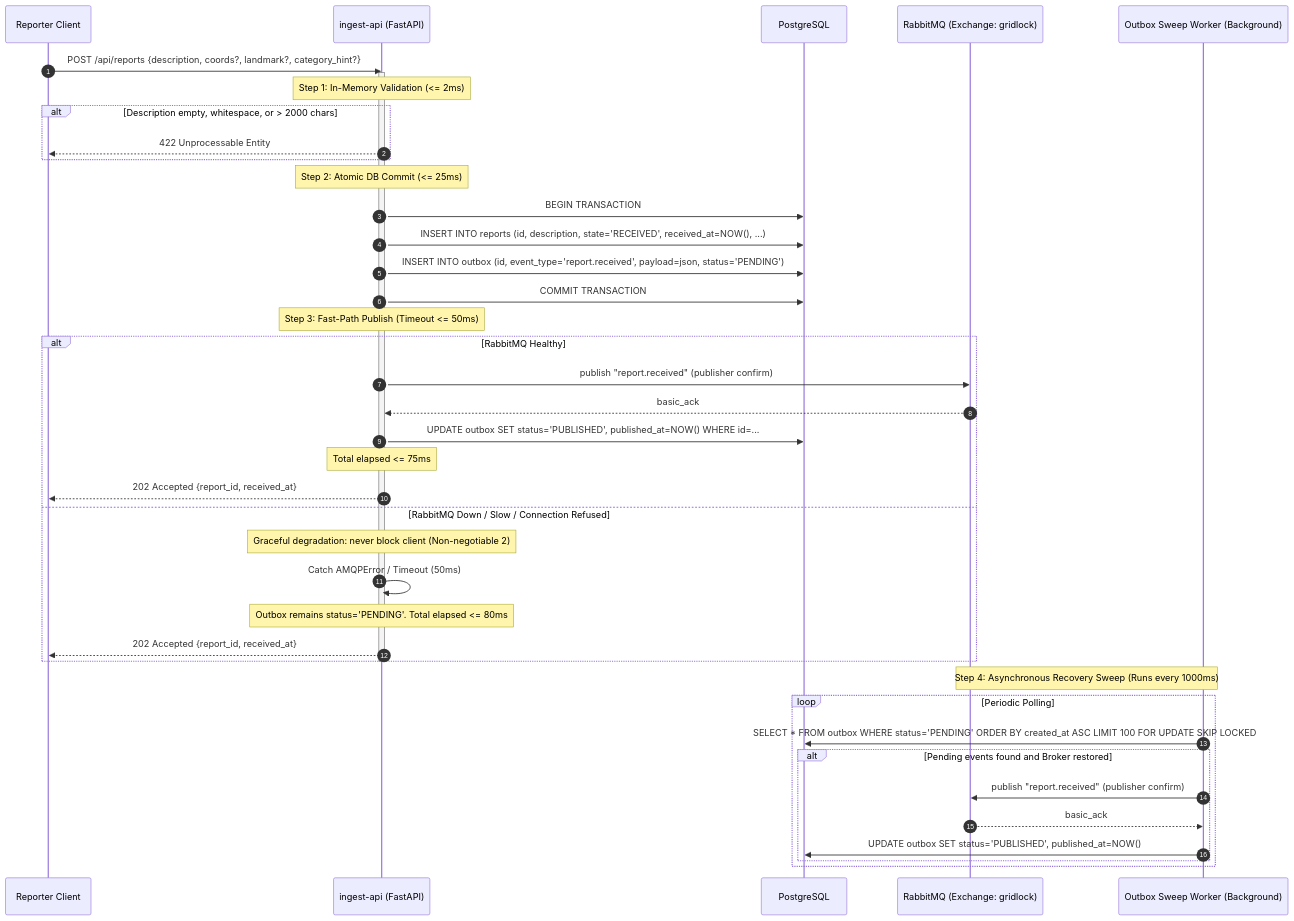
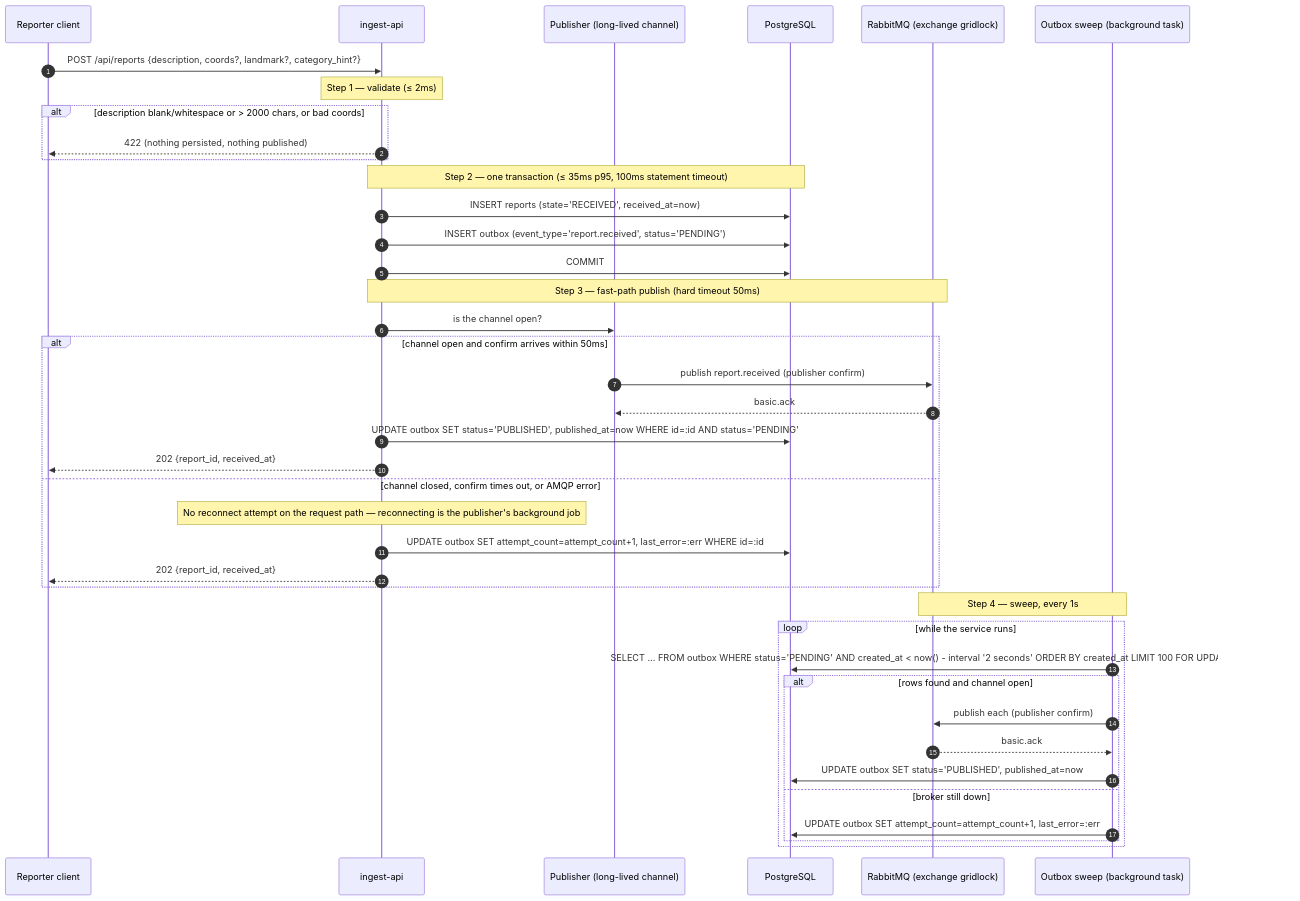
The second of 4 diagrams in docs/design/ingest.md (Katlego-tech/Grid-Lock), drawn with Mermaid before and after one commit. The commit also changed other lines of this file and 4 other files, not shown here.

````diff
--- a/docs/design/ingest.md
+++ b/docs/design/ingest.md
@@ -116,48 +106,46 @@
 ```mermaid
 sequenceDiagram
     autonumber
-    participant C as Reporter Client
-    participant API as ingest-api (FastAPI)
+    participant C as Reporter client
+    participant API as ingest-api
+    participant P as Publisher (long-lived channel)
     participant DB as PostgreSQL
-    participant MQ as RabbitMQ (Exchange: gridlock)
-    participant SW as Outbox Sweep Worker (Background)
+    participant MQ as RabbitMQ (exchange gridlock)
+    participant SW as Outbox sweep (background task)
 
     C->>API: POST /api/reports {description, coords?, landmark?, category_hint?}
-    activate API
-
-    Note over API: Step 1: In-Memory Validation (<= 2ms)
-    alt Description empty, whitespace, or > 2000 chars
-        API-->>C: 422 Unprocessable Entity
+    Note over API: Step 1 — validate (≤ 2ms)
+    alt description blank/whitespace or > 2000 chars, or bad coords
+        API-->>C: 422 (nothing persisted, nothing published)
     end
 
-    Note over API: Step 2: Atomic DB Commit (<= 25ms)
-    API->>DB: BEGIN TRANSACTION
-    API->>DB: INSERT INTO reports (id, description, state='RECEIVED', received_at=NOW(), ...)
-    API->>DB: INSERT INTO outbox (id, event_type='report.received', payload=json, status='PENDING')
-    API->>DB: COMMIT TRANSACTION
+    Note over API,DB: Step 2 — one transaction (≤ 35ms p95, 100ms statement timeout)
+    API->>DB: INSERT reports (state='RECEIVED', received_at=now)
+    API->>DB: INSERT outbox (event_type='report.received', status='PENDING')
+    API->>DB: COMMIT
 
-    Note over API: Step 3: Fast-Path Publish (Timeout <= 50ms)
-    alt RabbitMQ Healthy
-        API->>MQ: publish "report.received" (publisher confirm)
-        MQ-->>API: basic_ack
-        API->>DB: UPDATE outbox SET status='PUBLISHED', published_at=NOW() WHERE id=...
-        Note over API: Total elapsed <= 75ms
-        API-->>C: 202 Accepted {report_id, received_at}
-    else RabbitMQ Down / Slow / Connection Refused
-        Note over API: Graceful degradation: never block client (Non-negotiable 2)
-        API->>API: Catch AMQPError / Timeout (50ms)
-        Note over API: Outbox remains status='PENDING'. Total elapsed <= 80ms
-        API-->>C: 202 Accepted {report_id, received_at}
+    Note over API,MQ: Step 3 — fast-path publish (hard timeout 50ms)
+    API->>P: is the channel open?
+    alt channel open and confirm arrives within 50ms
+        P->>MQ: publish report.received (publisher confirm)
+        MQ-->>P: basic.ack
+        API->>DB: UPDATE outbox SET status='PUBLISHED', published_at=now WHERE id=:id AND status='PENDING'
+        API-->>C: 202 {report_id, received_at}
+    else channel closed, confirm times out, or AMQP error
+        Note over API: No reconnect attempt on the request path — reconnecting is the publisher's background job
+        API->>DB: UPDATE outbox SET attempt_count=attempt_count+1, last_error=:err WHERE id=:id
+        API-->>C: 202 {report_id, received_at}
     end
-    deactivate API
 
-    Note over SW,MQ: Step 4: Asynchronous Recovery Sweep (Runs every 1000ms)
-    loop Periodic Polling
-        SW->>DB: SELECT * FROM outbox WHERE status='PENDING' ORDER BY created_at ASC LIMIT 100 FOR UPDATE SKIP LOCKED
-        alt Pending events found and Broker restored
-            SW->>MQ: publish "report.received" (publisher confirm)
-            MQ-->>SW: basic_ack
-            SW->>DB: UPDATE outbox SET status='PUBLISHED', published_at=NOW()
+    Note over SW,MQ: Step 4 — sweep, every 1s
+    loop while the service runs
+        SW->>DB: SELECT … FROM outbox WHERE status='PENDING' AND created_at < now() - interval '2 seconds' ORDER BY created_at LIMIT 100 FOR UPDATE SKIP LOCKED
+        alt rows found and channel open
+            SW->>MQ: publish each (publisher confirm)
+            MQ-->>SW: basic.ack
+            SW->>DB: UPDATE outbox SET status='PUBLISHED', published_at=now
+        else broker still down
+            SW->>DB: UPDATE outbox SET attempt_count=attempt_count+1, last_error=:err
         end
     end
 ```
````
